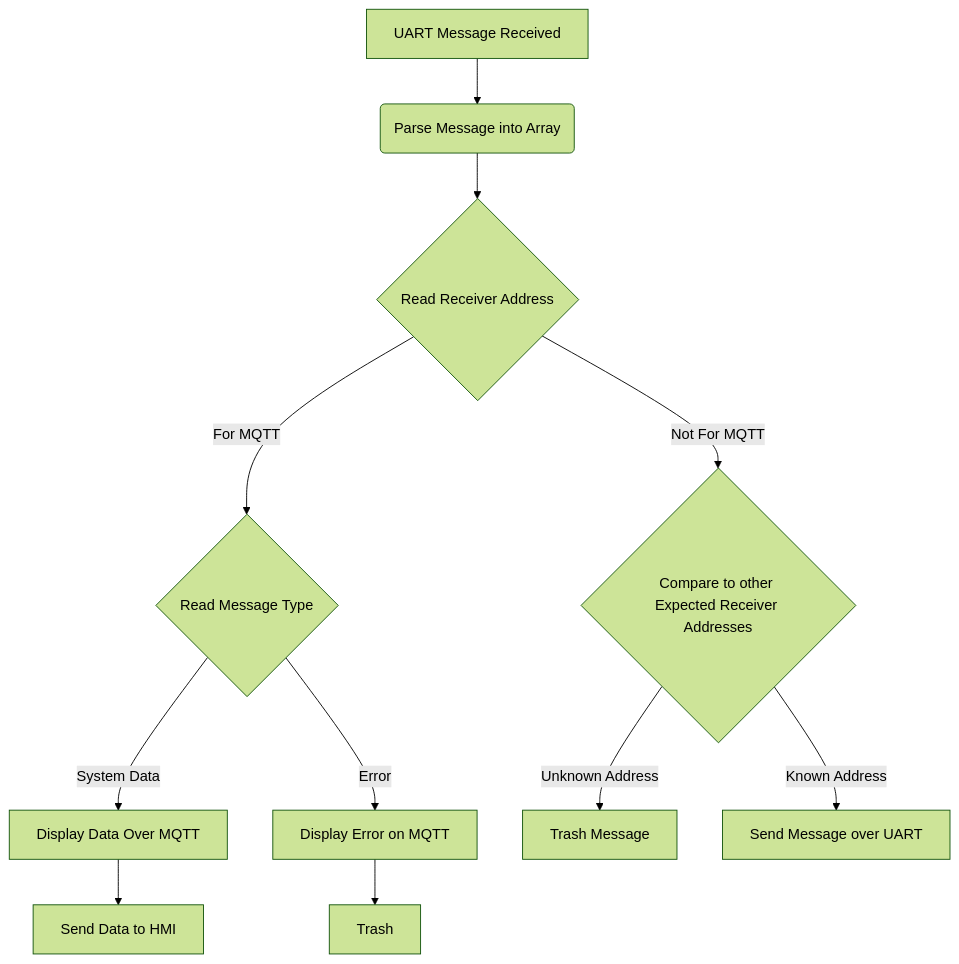
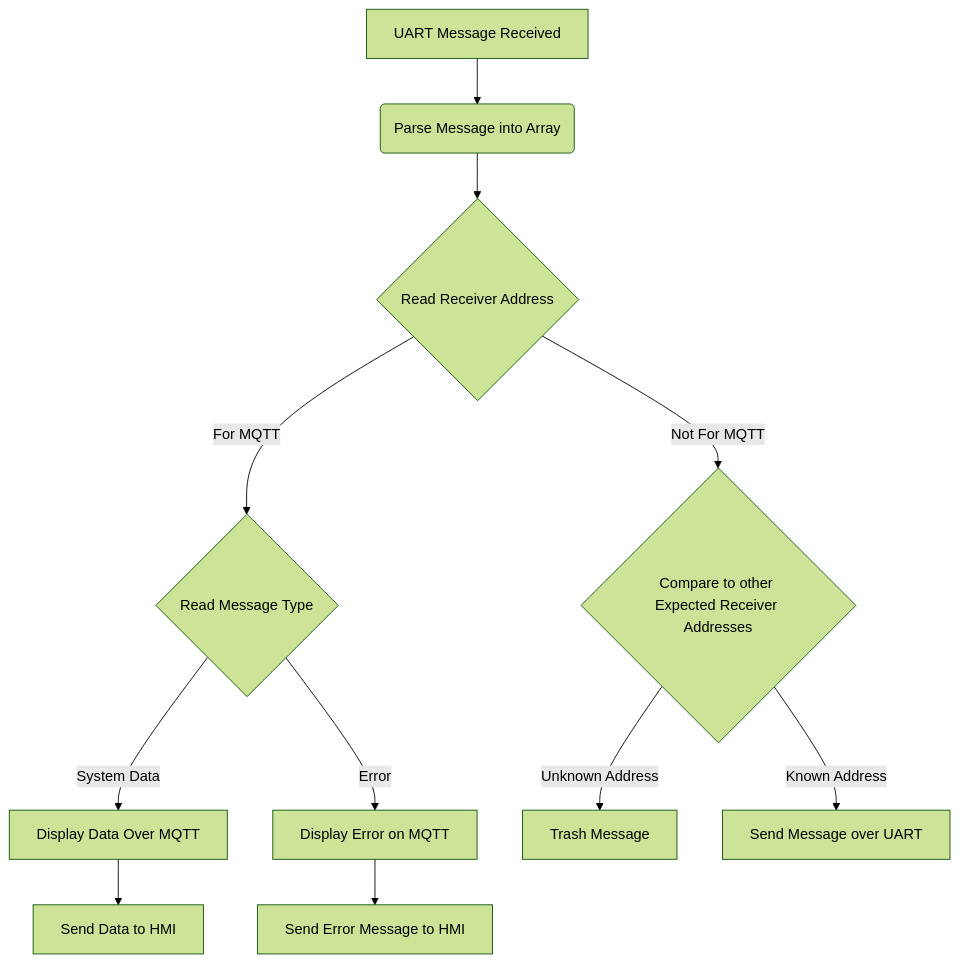
Before and after one commit to kirkvolin/kirkvolin.github.io: the first of 2 diagrams in docs/API.md, drawn with Mermaid (forest theme). The commit also changed other lines of this file, not shown here.

````diff
--- a/docs/API.md
+++ b/docs/API.md
@@ -113,10 +113,10 @@
 ```mermaid
 flowchart TD
     A[UART Message Received] --> B(Parse Message into Array)
     B --> C{Read Receiver Address}
     C -->|For MQTT| D{Read Message Type} -->|System Data| G[Display Data Over MQTT] --> I[Send Data to HMI]
-    D -->|Error| J[Display Error on MQTT] --> K[Trash]
+    D -->|Error| J[Display Error on MQTT] --> K[Send Error Message to HMI]
     C -->|Not For MQTT| E{Compare to other Expected Receiver Addresses} -->|Unknown Address| H[Trash Message]
     E-->|Known Address|L[Send Message over UART]
   
 ```
````
